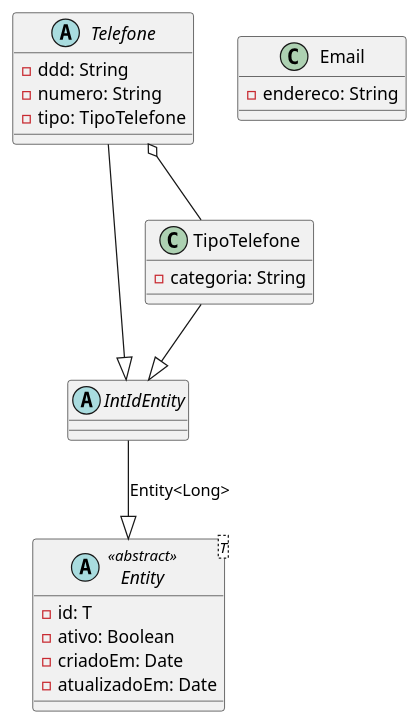
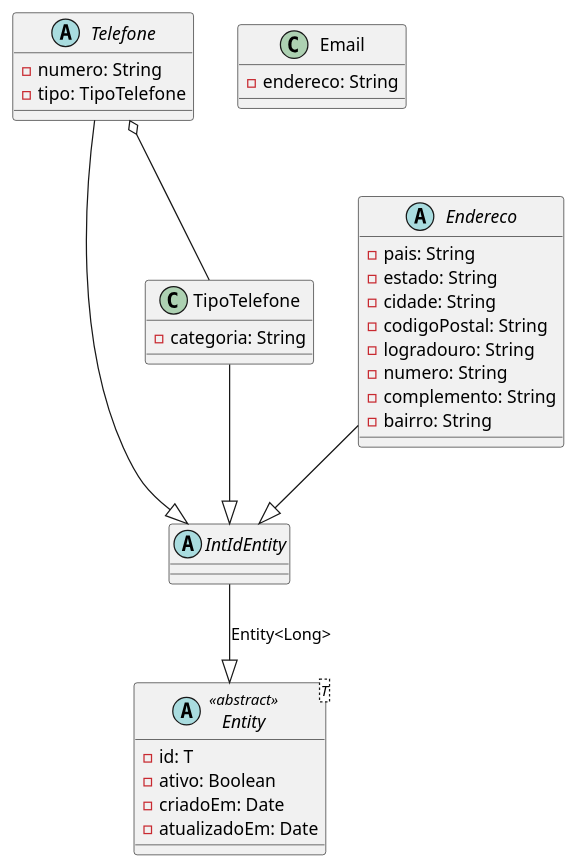
One commit to Wesley0010012/DSMA-Requisitos changed the diagram in docs/classes/core/shared/domain/main.puml. Above: the diagram before and after it, drawn with PlantUML.

Commit message:
refactor: inclui modelo inicial para Endereço

```diff
--- a/docs/classes/core/shared/domain/main.puml
+++ b/docs/classes/core/shared/domain/main.puml
@@ -1,33 +1,45 @@
 @startuml "Domínio - Módulo Compartilhado"
 
 abstract class "Entity<T>" as EntityT <<abstract>> {
     - id: T
     - ativo: Boolean
     - criadoEm: Date
     - atualizadoEm: Date
 }
 
 abstract class IntIdEntity
 
 class Email {
     - endereco: String
 }
 
 class TipoTelefone {
     - categoria: String
 }
 
 abstract class Telefone {
-    - ddd: String
     - numero: String
     - tipo: TipoTelefone
 }
+
+abstract class Endereco {
+    - pais: String
+    - estado: String
+    - cidade: String
+    - codigoPostal: String
+    - logradouro: String
+    - numero: String
+    - complemento: String
+    - bairro: String
+}
+
+Endereco --|> IntIdEntity
 
 IntIdEntity --|> EntityT : Entity<Long>
 Telefone --|> IntIdEntity
 TipoTelefone --|> IntIdEntity
 
 Telefone o-- TipoTelefone
 
 
 @enduml
```
